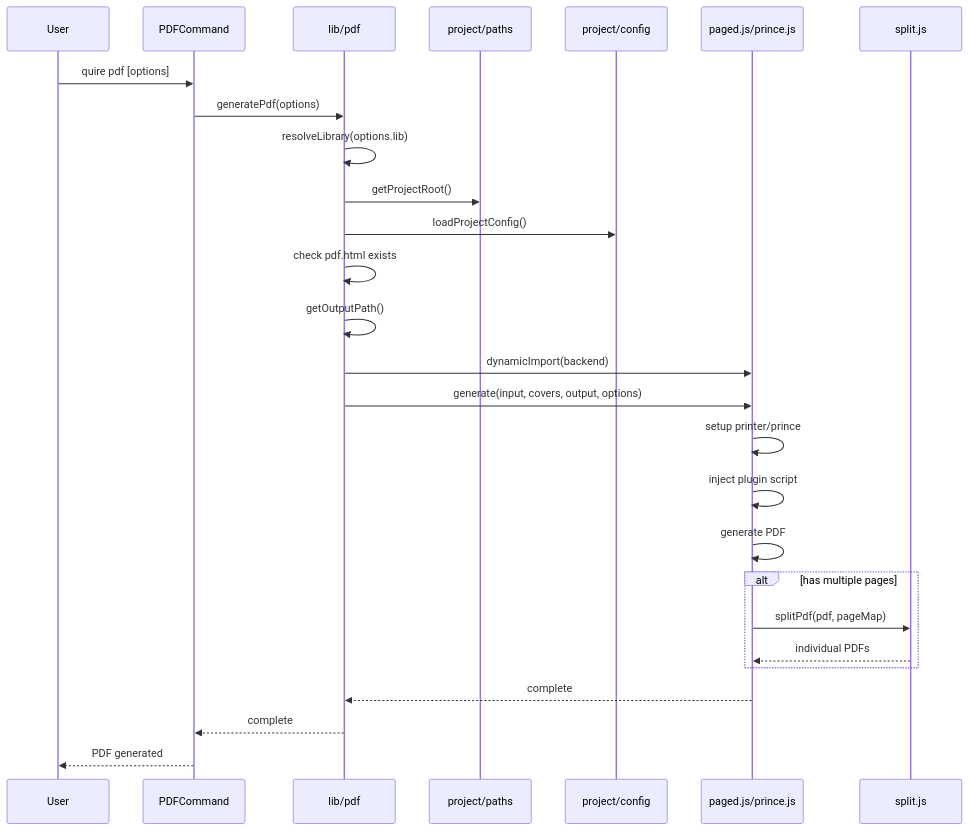
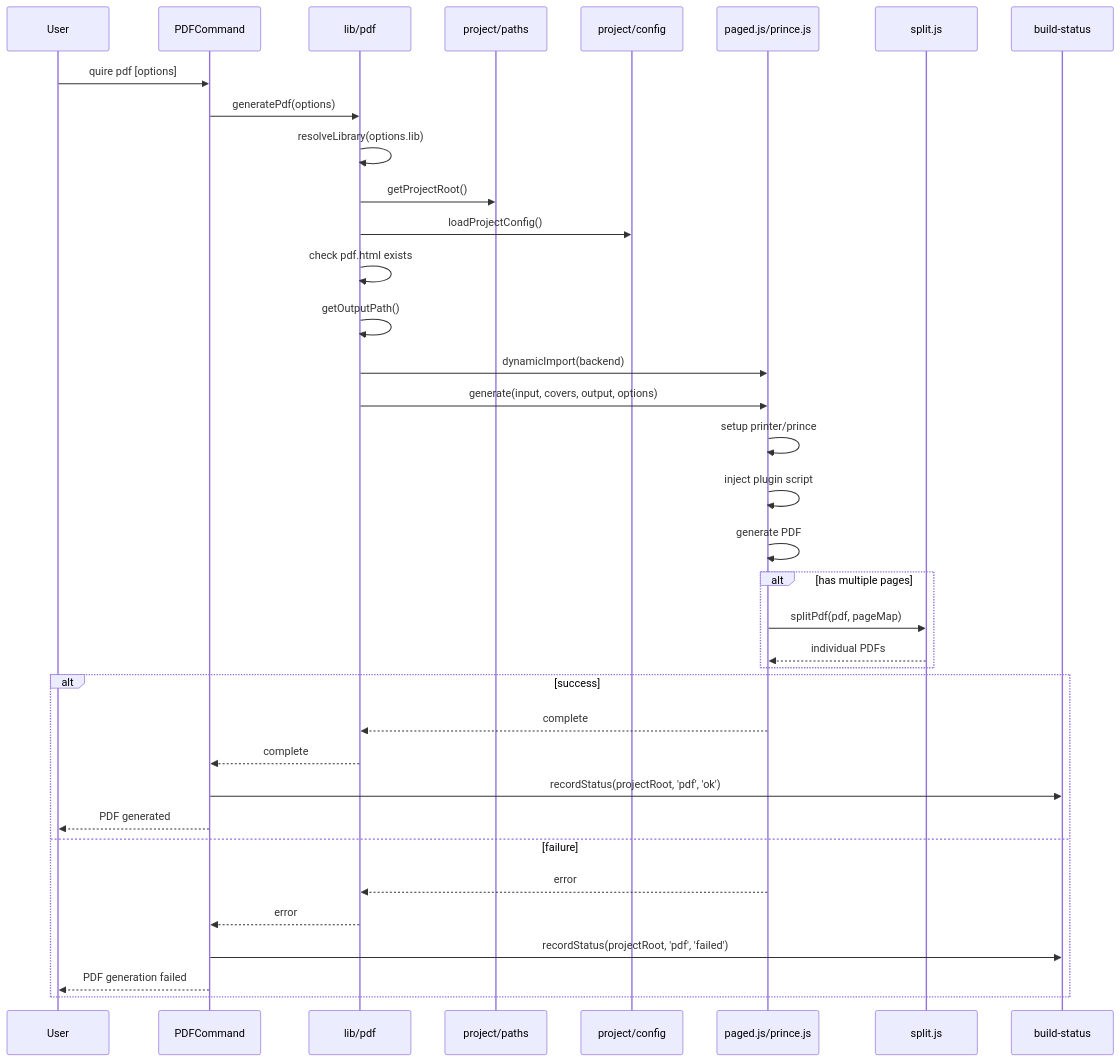
Before and after one commit to thegetty/quire: the fifth of 8 diagrams in packages/cli/docs/cli-architecture.md, drawn with Mermaid. The commit also changed other lines of this file and 85 other files, not shown here.

````diff
--- a/packages/cli/docs/cli-architecture.md
+++ b/packages/cli/docs/cli-architecture.md
@@ -324,37 +426,46 @@
 ```mermaid
 sequenceDiagram
     participant User
     participant CLI as PDFCommand
     participant PDF as lib/pdf
     participant Paths as project/paths
     participant Config as project/config
     participant Backend as paged.js/prince.js
     participant Split as split.js
+    participant Status as build-status
 
     User->>CLI: quire pdf [options]
 
     CLI->>PDF: generatePdf(options)
 
     PDF->>PDF: resolveLibrary(options.lib)
     PDF->>Paths: getProjectRoot()
     PDF->>Config: loadProjectConfig()
 
     PDF->>PDF: check pdf.html exists
     PDF->>PDF: getOutputPath()
 
     PDF->>Backend: dynamicImport(backend)
     PDF->>Backend: generate(input, covers, output, options)
 
     Backend->>Backend: setup printer/prince
     Backend->>Backend: inject plugin script
     Backend->>Backend: generate PDF
 
     alt has multiple pages
         Backend->>Split: splitPdf(pdf, pageMap)
         Split-->>Backend: individual PDFs
     end
 
-    Backend-->>PDF: complete
-    PDF-->>CLI: complete
-    CLI-->>User: PDF generated
+    alt success
+        Backend-->>PDF: complete
+        PDF-->>CLI: complete
+        CLI->>Status: recordStatus(projectRoot, 'pdf', 'ok')
+        CLI-->>User: PDF generated
+    else failure
+        Backend-->>PDF: error
+        PDF-->>CLI: error
+        CLI->>Status: recordStatus(projectRoot, 'pdf', 'failed')
+        CLI-->>User: PDF generation failed
+    end
 ```
````
